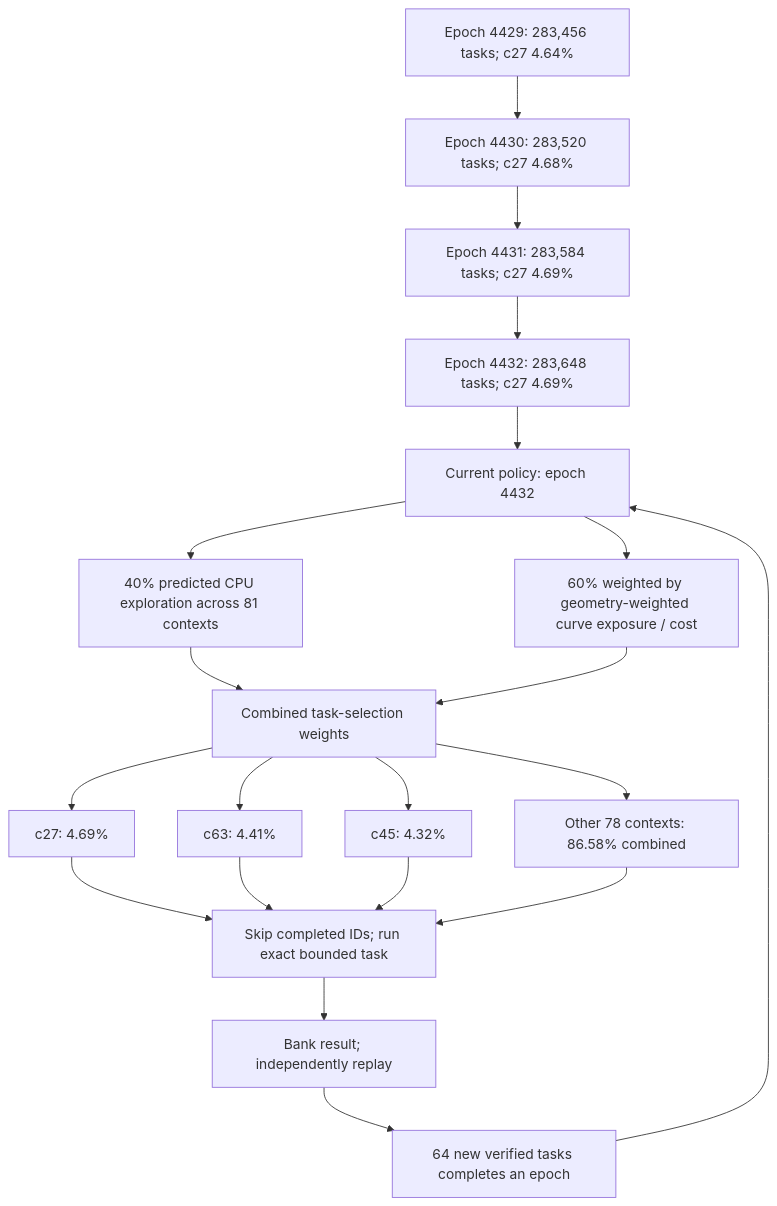
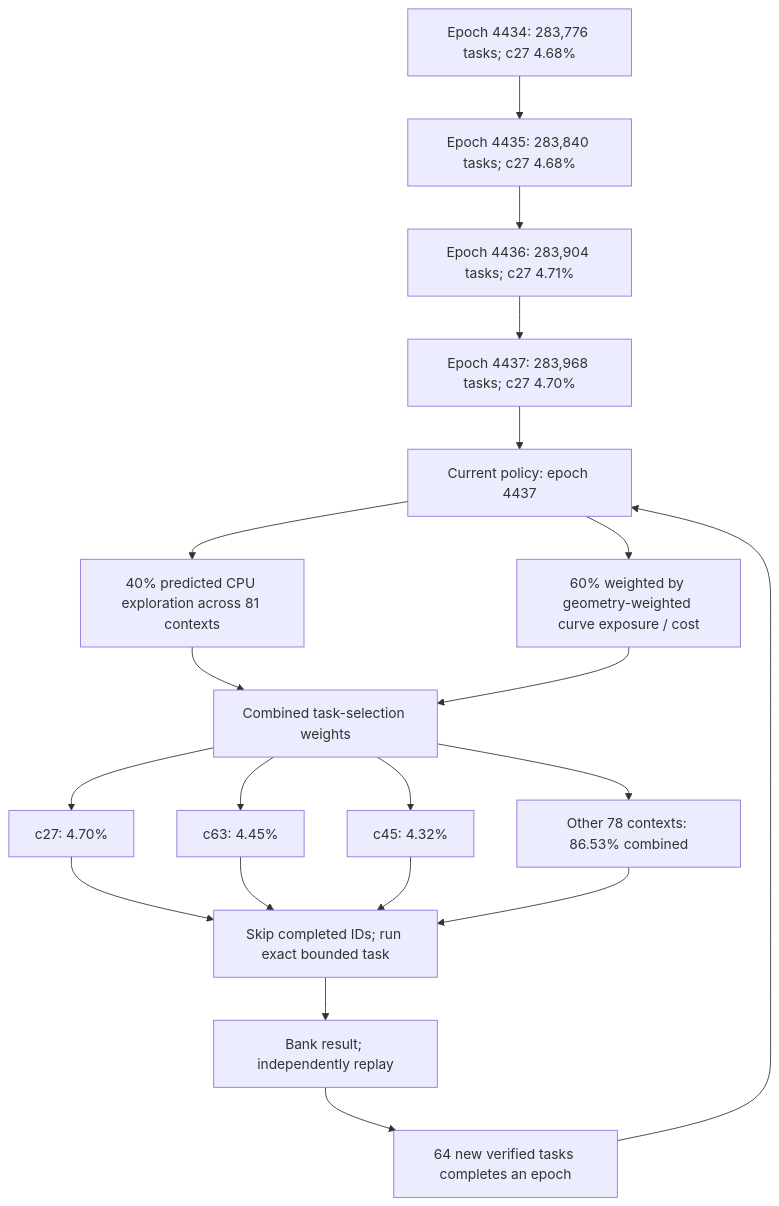
One commit to Kuberwastaken/math-gambling changed the first of 3 diagrams in README.md. Above: the diagram before and after it, drawn with Mermaid. The commit also changed other lines of this file and 3236 other files, not shown here.

````diff
--- a/README.md
+++ b/README.md
@@ -60,27 +60,27 @@
 ```mermaid
 flowchart TD
-    H0["Epoch 4429: 283,456 tasks; c27 4.64%"]
-    H1["Epoch 4430: 283,520 tasks; c27 4.68%"]
+    H0["Epoch 4434: 283,776 tasks; c27 4.68%"]
+    H1["Epoch 4435: 283,840 tasks; c27 4.68%"]
     H0 --> H1
-    H2["Epoch 4431: 283,584 tasks; c27 4.69%"]
+    H2["Epoch 4436: 283,904 tasks; c27 4.71%"]
     H1 --> H2
-    H3["Epoch 4432: 283,648 tasks; c27 4.69%"]
+    H3["Epoch 4437: 283,968 tasks; c27 4.70%"]
     H2 --> H3
-    Policy["Current policy: epoch 4432"]
+    Policy["Current policy: epoch 4437"]
     H3 --> Policy
     Policy --> Explore["40% predicted CPU exploration across 81 contexts"]
     Policy --> Cost["60% weighted by geometry-weighted curve exposure / cost"]
     Explore --> Mix["Combined task-selection weights"]
     Cost --> Mix
-    Mix --> C0["c27: 4.69%"]
-    Mix --> C1["c63: 4.41%"]
+    Mix --> C0["c27: 4.70%"]
+    Mix --> C1["c63: 4.45%"]
     Mix --> C2["c45: 4.32%"]
-    Mix --> Rest["Other 78 contexts: 86.58% combined"]
+    Mix --> Rest["Other 78 contexts: 86.53% combined"]
     C0 --> Check["Skip completed IDs; run exact bounded task"]
     C1 --> Check
     C2 --> Check
     Rest --> Check
     Check --> Replay["Bank result; independently replay"]
     Replay --> Gate["64 new verified tasks completes an epoch"]
     Gate --> Policy
 ```
````
